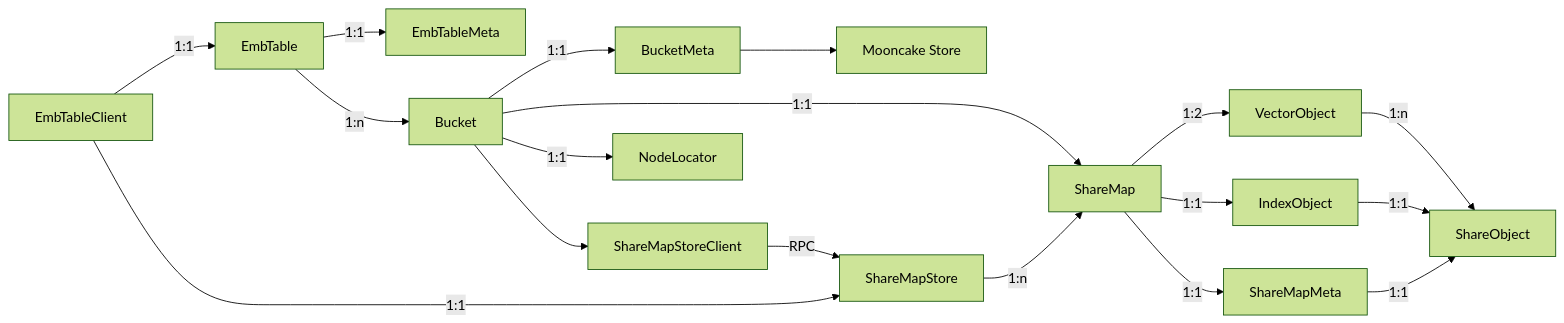
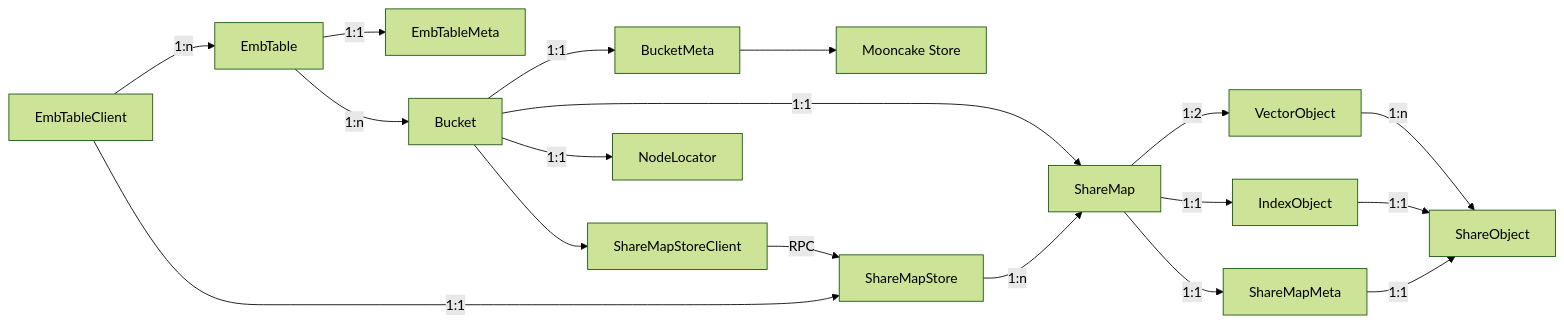
The first of 22 diagrams in docs/source/embtable/mooncake_embtable_sharding_design.md (LinQuickDev/Mooncake), drawn with Mermaid (forest theme) before and after one commit. The commit also changed other lines of this file and 16 other files, not shown here.

````diff
--- a/docs/source/embtable/mooncake_embtable_sharding_design.md
+++ b/docs/source/embtable/mooncake_embtable_sharding_design.md
@@ -74,20 +75,20 @@
 ```mermaid
 graph LR
-    ETC[EmbTableClient] -- 1:1 --> ET[EmbTable]
+    ETC[EmbTableClient] -- 1:n --> ET[EmbTable]
     ETC -- 1:1 --> SMS[ShareMapStore]
     ET -- 1:1 --> ETM[EmbTableMeta]
     ET -- 1:n --> B[Bucket]
     B -- 1:1 --> BM[BucketMeta]
     B -- 1:1 --> SM[ShareMap]
     B -- 1:1 --> NLOC[NodeLocator]
     BM --> MCS[Mooncake Store]
     B --> SMSC[ShareMapStoreClient]
     SMSC -- RPC --> SMS
     SMS -- 1:n --> SM
     SM -- 1:2 --> VO[VectorObject]
     SM -- 1:1 --> IO[IndexObject]
     SM -- 1:1 --> SMM[ShareMapMeta]
     VO -- 1:n --> SO[ShareObject]
     IO -- 1:1 --> SO
     SMM -- 1:1 --> SO
 ```
````
